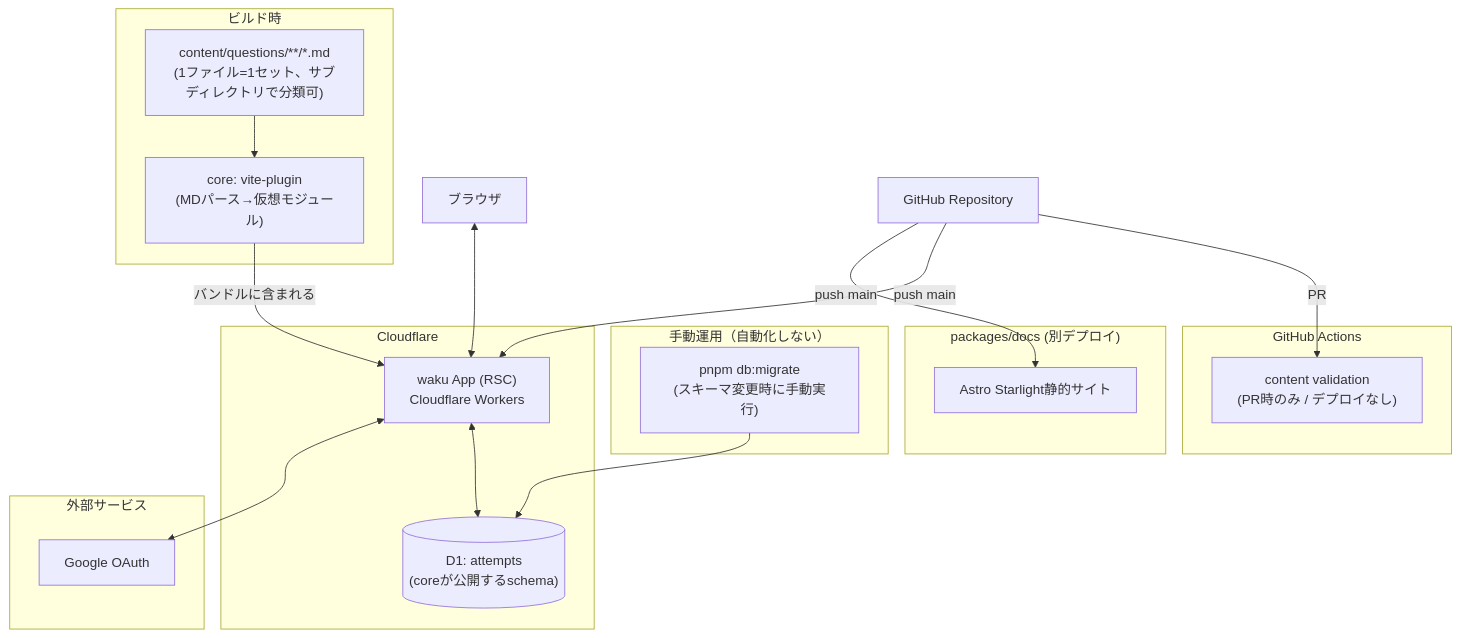
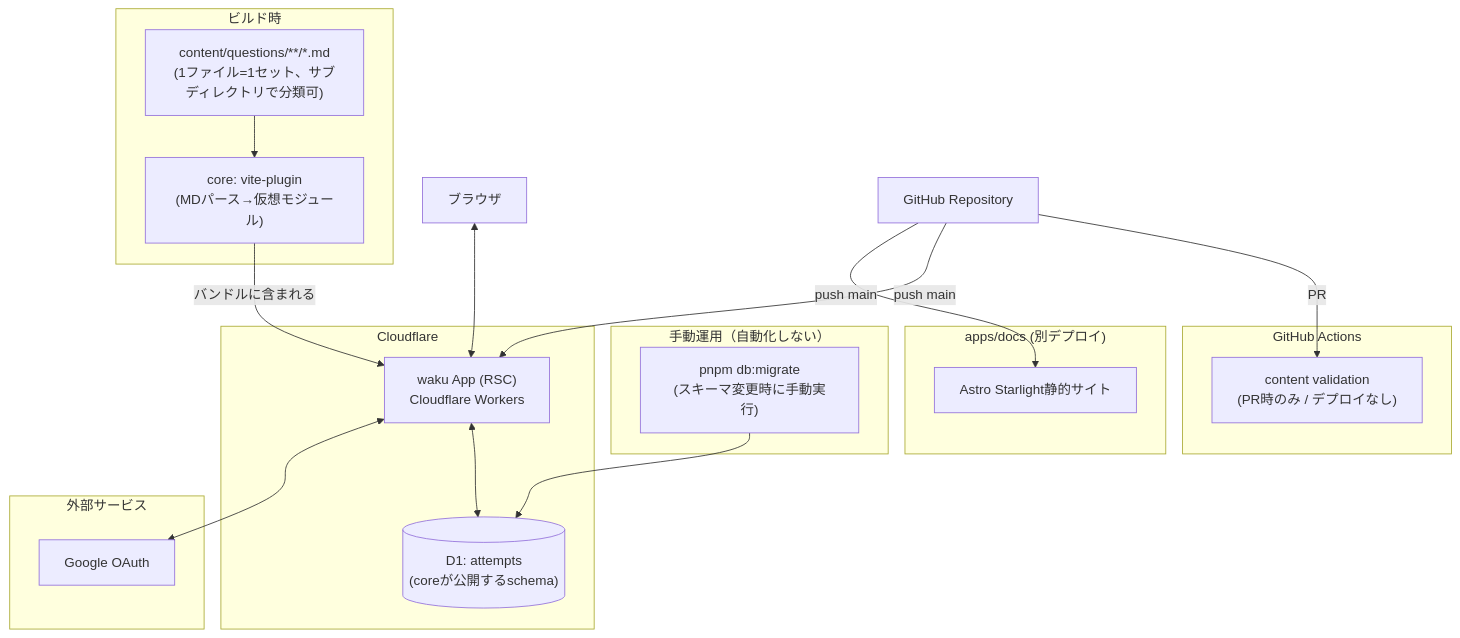
Before and after one commit to SotaTne/quiz-app: the first of 7 diagrams in DESIGN.md, drawn with Mermaid. The commit also changed other lines of this file and 11 other files, not shown here.

First line of the commit message:
Move app/docs under apps/, keep libraries under packages/

````diff
--- a/DESIGN.md
+++ b/DESIGN.md
@@ -7,38 +7,38 @@
 ```mermaid
 graph TD
     subgraph Build["ビルド時"]
         MD["content/questions/**/*.md<br/>(1ファイル=1セット、サブディレクトリで分類可)"]
         VitePlugin["core: vite-plugin<br/>(MDパース→仮想モジュール)"]
         MD --> VitePlugin
     end
 
     subgraph CF["Cloudflare"]
         Worker["waku App (RSC)<br/>Cloudflare Workers"]
         D1[("D1: attempts<br/>(coreが公開するschema)")]
         Worker <--> D1
     end
 
     subgraph Ext["外部サービス"]
         Google["Google OAuth"]
     end
 
     VitePlugin -->|"バンドルに含まれる"| Worker
     Browser["ブラウザ"] <--> Worker
     Worker <--> Google
 
     subgraph CI["GitHub Actions"]
         Validate["content validation<br/>(PR時のみ / デプロイなし)"]
     end
     Repo["GitHub Repository"] -->|PR| Validate
     Repo -->|push main| Worker
 
     subgraph Manual["手動運用（自動化しない）"]
         Migrate["pnpm db:migrate<br/>(スキーマ変更時に手動実行)"]
     end
     Migrate --> D1
 
-    subgraph Docs["packages/docs (別デプロイ)"]
+    subgraph Docs["apps/docs (別デプロイ)"]
         Starlight["Astro Starlight静的サイト"]
     end
     Repo -->|push main| Starlight
 ```
````
